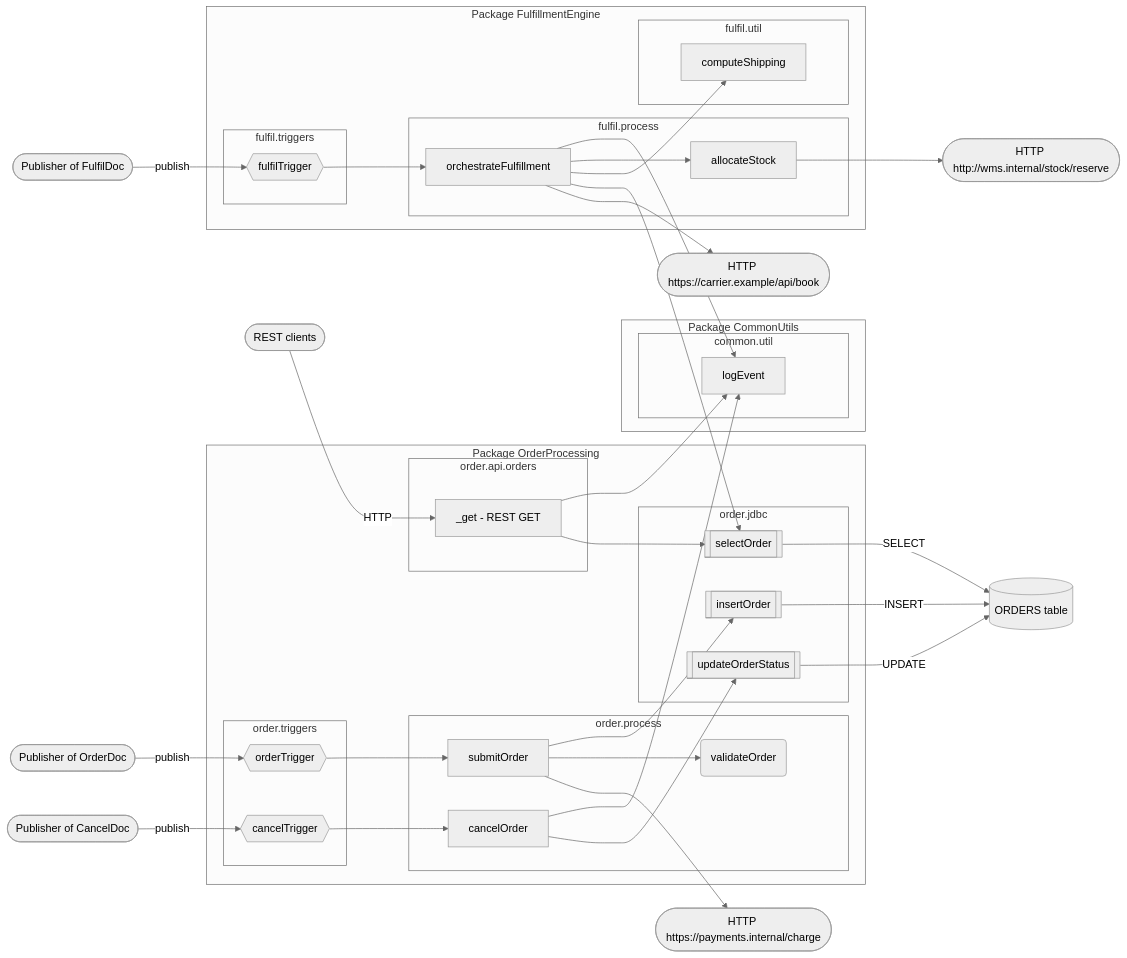
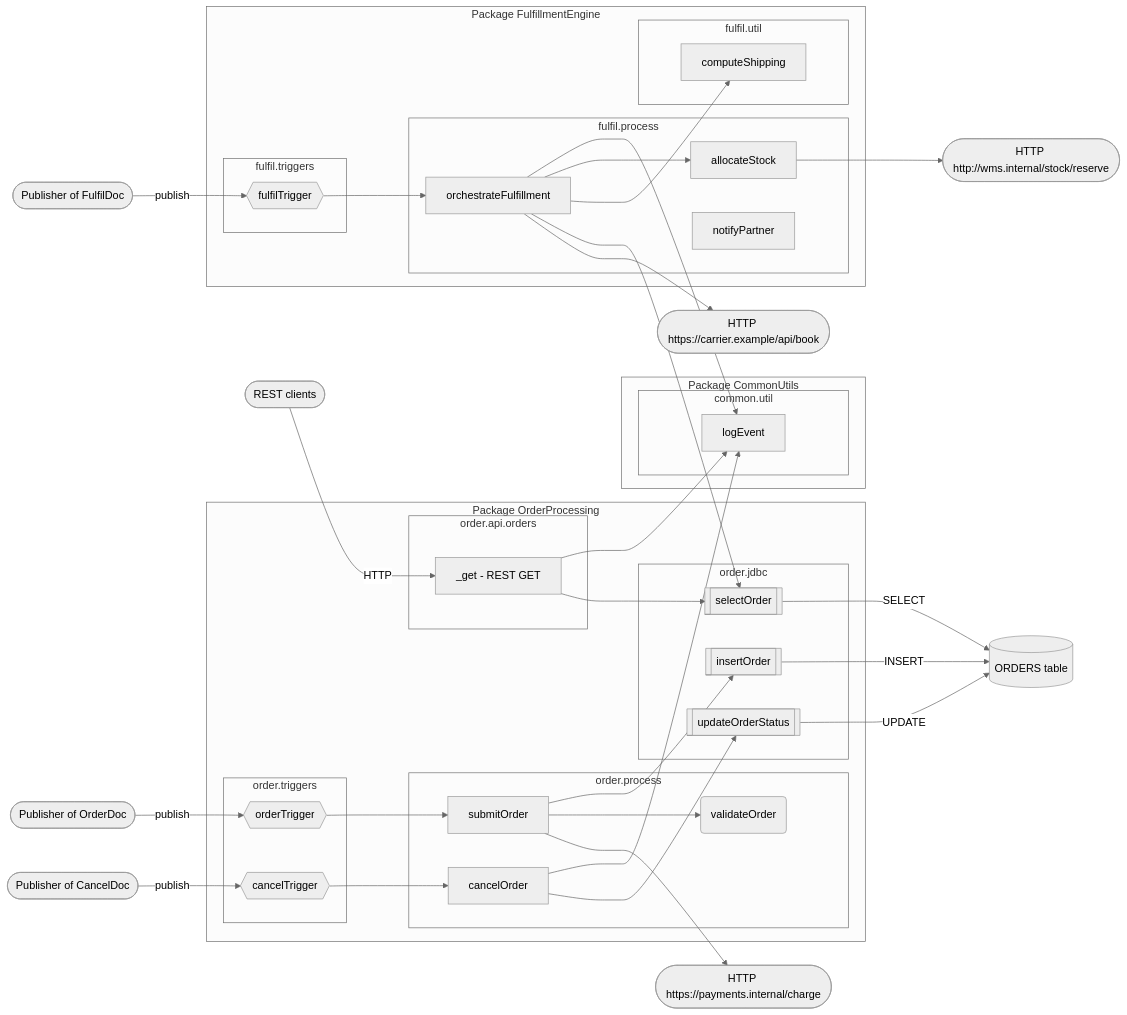
One commit to sgoskula/webmethodskill changed the second of 2 diagrams in docs/wiki/architecture.md. Above: the diagram before and after it, drawn with Mermaid (neutral theme). The commit also changed other lines of this file and 15 other files, not shown here.

````diff
--- a/docs/wiki/architecture.md
+++ b/docs/wiki/architecture.md
@@ -61,70 +62,71 @@
 ```mermaid
 flowchart LR
   subgraph p_pk_CommonUtils["Package CommonUtils"]
     subgraph fd_CommonUtils_common_util["common.util"]
       s_common_util_logEvent["logEvent"]
     end
   end
   subgraph p_pk_FulfillmentEngine["Package FulfillmentEngine"]
     subgraph fd_FulfillmentEngine_fulfil_process["fulfil.process"]
       s_fulfil_process_allocateStock["allocateStock"]
+      s_fulfil_process_notifyPartner["notifyPartner"]
       s_fulfil_process_orchestrateFulfillment["orchestrateFulfillment"]
     end
     subgraph fd_FulfillmentEngine_fulfil_triggers["fulfil.triggers"]
       s_fulfil_triggers_fulfilTrigger{{"fulfilTrigger"}}
     end
     subgraph fd_FulfillmentEngine_fulfil_util["fulfil.util"]
       s_fulfil_util_computeShipping["computeShipping"]
     end
   end
   subgraph p_pk_OrderProcessing["Package OrderProcessing"]
     subgraph fd_OrderProcessing_order_api_orders["order.api.orders"]
       s_order_api_orders__get["_get - REST GET"]
     end
     subgraph fd_OrderProcessing_order_jdbc["order.jdbc"]
       s_order_jdbc_insertOrder[["insertOrder"]]
       s_order_jdbc_selectOrder[["selectOrder"]]
       s_order_jdbc_updateOrderStatus[["updateOrderStatus"]]
     end
     subgraph fd_OrderProcessing_order_process["order.process"]
       s_order_process_cancelOrder["cancelOrder"]
       s_order_process_submitOrder["submitOrder"]
       s_order_process_validateOrder("validateOrder")
     end
     subgraph fd_OrderProcessing_order_triggers["order.triggers"]
       s_order_triggers_cancelTrigger{{"cancelTrigger"}}
       s_order_triggers_orderTrigger{{"orderTrigger"}}
     end
   end
   x_tbl_0[("ORDERS table")]
   x_http_0(["HTTP http://wms.internal/stock/reserve"])
   x_http_1(["HTTP https://carrier.example/api/book"])
   x_http_2(["HTTP https://payments.internal/charge"])
   x_pub_0(["Publisher of FulfilDoc"])
   x_pub_1(["Publisher of CancelDoc"])
   x_pub_2(["Publisher of OrderDoc"])
   x_rest(["REST clients"])
   s_fulfil_triggers_fulfilTrigger --> s_fulfil_process_orchestrateFulfillment
   s_order_triggers_cancelTrigger --> s_order_process_cancelOrder
   s_order_triggers_orderTrigger --> s_order_process_submitOrder
   s_fulfil_process_orchestrateFulfillment --> s_common_util_logEvent
   s_fulfil_process_orchestrateFulfillment --> s_fulfil_process_allocateStock
   s_fulfil_process_orchestrateFulfillment --> s_fulfil_util_computeShipping
   s_fulfil_process_orchestrateFulfillment --> s_order_jdbc_selectOrder
   s_order_api_orders__get --> s_common_util_logEvent
   s_order_api_orders__get --> s_order_jdbc_selectOrder
   s_order_process_cancelOrder --> s_common_util_logEvent
   s_order_process_cancelOrder --> s_order_jdbc_updateOrderStatus
   s_order_process_submitOrder --> s_order_jdbc_insertOrder
   s_order_process_submitOrder --> s_order_process_validateOrder
   s_order_jdbc_insertOrder -->|"INSERT"| x_tbl_0
   s_order_jdbc_selectOrder -->|"SELECT"| x_tbl_0
   s_order_jdbc_updateOrderStatus -->|"UPDATE"| x_tbl_0
   s_fulfil_process_allocateStock --> x_http_0
   s_fulfil_process_orchestrateFulfillment --> x_http_1
   s_order_process_submitOrder --> x_http_2
   x_pub_0 -->|"publish"| s_fulfil_triggers_fulfilTrigger
   x_pub_1 -->|"publish"| s_order_triggers_cancelTrigger
   x_pub_2 -->|"publish"| s_order_triggers_orderTrigger
   x_rest -->|"HTTP"| s_order_api_orders__get
 ```
````
